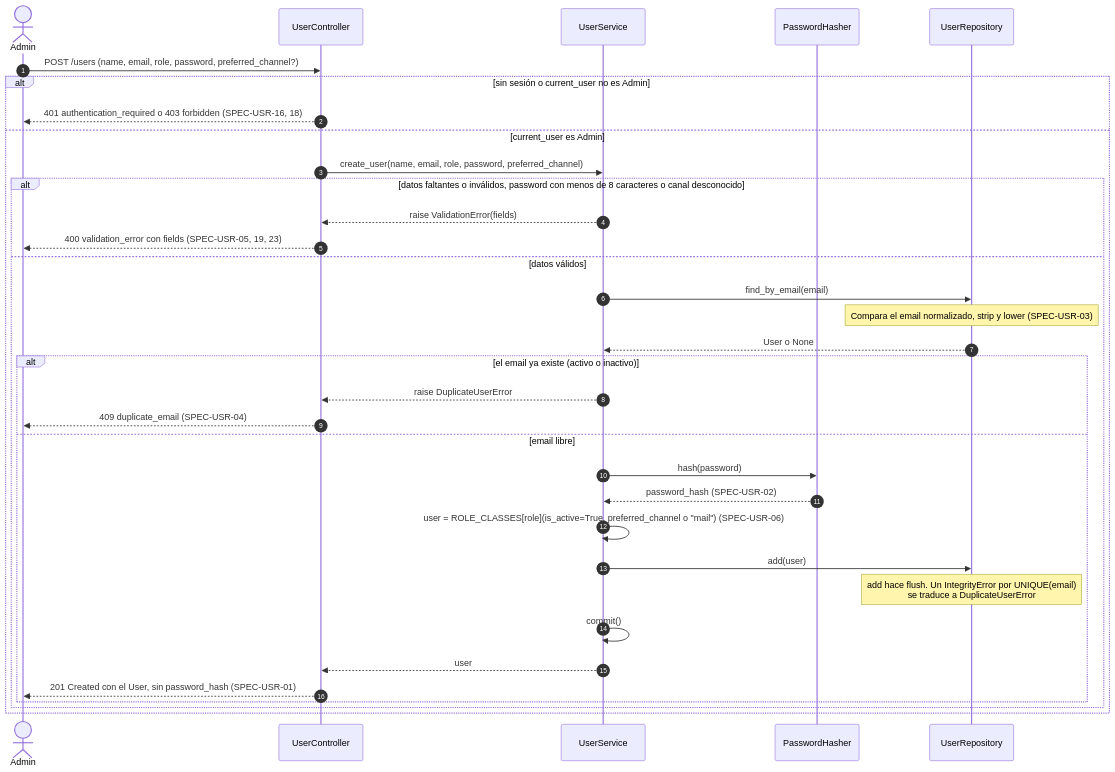
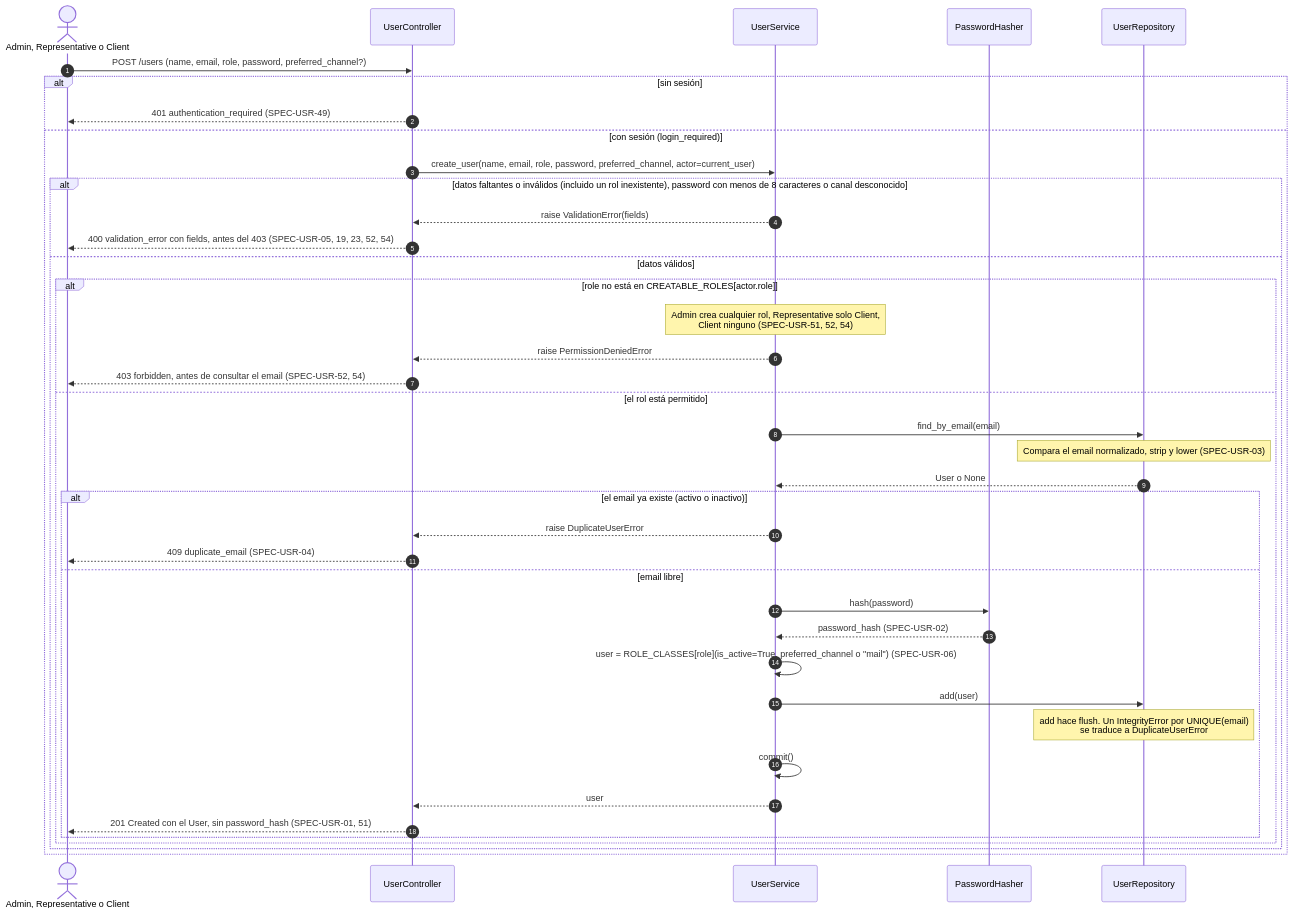
Before and after one commit to Diazfe-dev/AyED-III-python-ticket-service: the first of 9 diagrams in diagrams/sequences/01-users.md, drawn with Mermaid. The commit also changed other lines of this file and 2 other files, not shown here.

Commit message:
docs(diagrams): user creation by representatives (T-USR-61)

````diff
--- a/diagrams/sequences/01-users.md
+++ b/diagrams/sequences/01-users.md
@@ -15,37 +15,43 @@
 ```mermaid
 sequenceDiagram
     autonumber
-    actor Admin
+    actor U as Admin, Representative o Client
     participant UC as UserController
     participant US as UserService
     participant H as PasswordHasher
     participant UR as UserRepository
 
-    Admin->>UC: POST /users (name, email, role, password, preferred_channel?)
-    alt sin sesión o current_user no es Admin
-        UC-->>Admin: 401 authentication_required o 403 forbidden (SPEC-USR-16, 18)
-    else current_user es Admin
-        UC->>US: create_user(name, email, role, password, preferred_channel)
-        alt datos faltantes o inválidos, password con menos de 8 caracteres o canal desconocido
+    U->>UC: POST /users (name, email, role, password, preferred_channel?)
+    alt sin sesión
+        UC-->>U: 401 authentication_required (SPEC-USR-49)
+    else con sesión (login_required)
+        UC->>US: create_user(name, email, role, password, preferred_channel, actor=current_user)
+        alt datos faltantes o inválidos (incluido un rol inexistente), password con menos de 8 caracteres o canal desconocido
             US-->>UC: raise ValidationError(fields)
-            UC-->>Admin: 400 validation_error con fields (SPEC-USR-05, 19, 23)
+            UC-->>U: 400 validation_error con fields, antes del 403 (SPEC-USR-05, 19, 23, 52, 54)
         else datos válidos
-            US->>UR: find_by_email(email)
-            Note over UR: Compara el email normalizado, strip y lower (SPEC-USR-03)
-            UR-->>US: User o None
-            alt el email ya existe (activo o inactivo)
-                US-->>UC: raise DuplicateUserError
-                UC-->>Admin: 409 duplicate_email (SPEC-USR-04)
-            else email libre
-                US->>H: hash(password)
-                H-->>US: password_hash (SPEC-USR-02)
-                US->>US: user = ROLE_CLASSES[role](is_active=True, preferred_channel o "mail") (SPEC-USR-06)
-                US->>UR: add(user)
-                Note over UR: add hace flush. Un IntegrityError por UNIQUE(email)<br/>se traduce a DuplicateUserError
-                US->>US: commit()
-                US-->>UC: user
-                UC-->>Admin: 201 Created con el User, sin password_hash (SPEC-USR-01)
+            alt role no está en CREATABLE_ROLES[actor.role]
+                Note over US: Admin crea cualquier rol, Representative solo Client,<br/>Client ninguno (SPEC-USR-51, 52, 54)
+                US-->>UC: raise PermissionDeniedError
+                UC-->>U: 403 forbidden, antes de consultar el email (SPEC-USR-52, 54)
+            else el rol está permitido
+                US->>UR: find_by_email(email)
+                Note over UR: Compara el email normalizado, strip y lower (SPEC-USR-03)
+                UR-->>US: User o None
+                alt el email ya existe (activo o inactivo)
+                    US-->>UC: raise DuplicateUserError
+                    UC-->>U: 409 duplicate_email (SPEC-USR-04)
+                else email libre
+                    US->>H: hash(password)
+                    H-->>US: password_hash (SPEC-USR-02)
+                    US->>US: user = ROLE_CLASSES[role](is_active=True, preferred_channel o "mail") (SPEC-USR-06)
+                    US->>UR: add(user)
+                    Note over UR: add hace flush. Un IntegrityError por UNIQUE(email)<br/>se traduce a DuplicateUserError
+                    US->>US: commit()
+                    US-->>UC: user
+                    UC-->>U: 201 Created con el User, sin password_hash (SPEC-USR-01, 51)
+                end
             end
         end
     end
 ```
````
